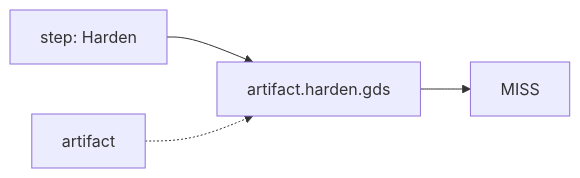
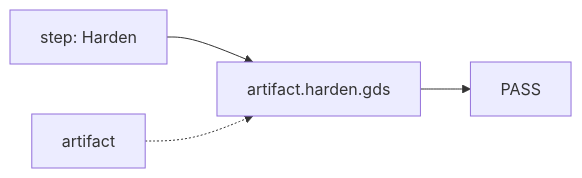
One commit to openecos-projects/ecc changed diagram 19 of 56 in .github/signoff-board/signoff-kanban.md. Above: the diagram before and after it, drawn with Mermaid. The commit also changed other lines of this file and 1 other file, not shown here.

````diff
--- a/.github/signoff-board/signoff-kanban.md
+++ b/.github/signoff-board/signoff-kanban.md
@@ -496,6 +506,6 @@
 ```mermaid
 flowchart LR
   step_artifact_harden_gds["step: Harden"] --> metric_artifact_harden_gds["artifact.harden.gds"]
-  metric_artifact_harden_gds --> state_artifact_harden_gds["MISS"]
+  metric_artifact_harden_gds --> state_artifact_harden_gds["PASS"]
   cat_artifact_harden_gds["artifact"] -.-> metric_artifact_harden_gds
 ```
````
